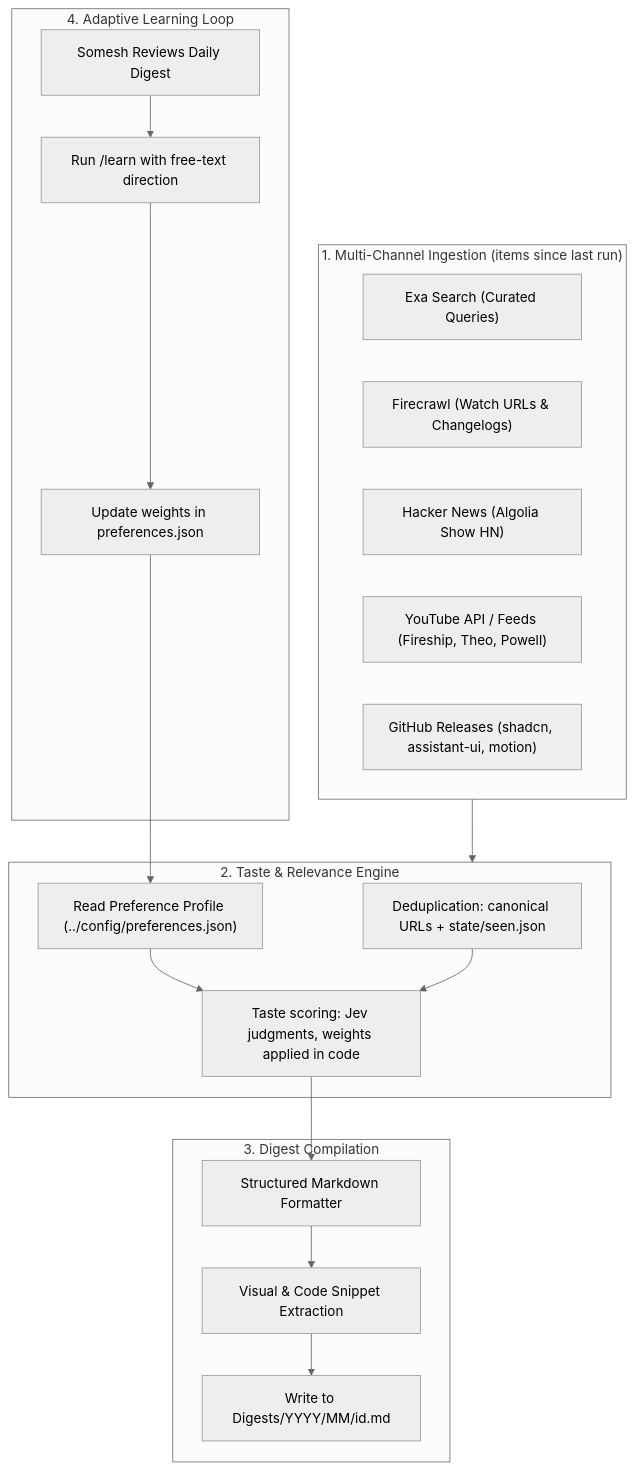
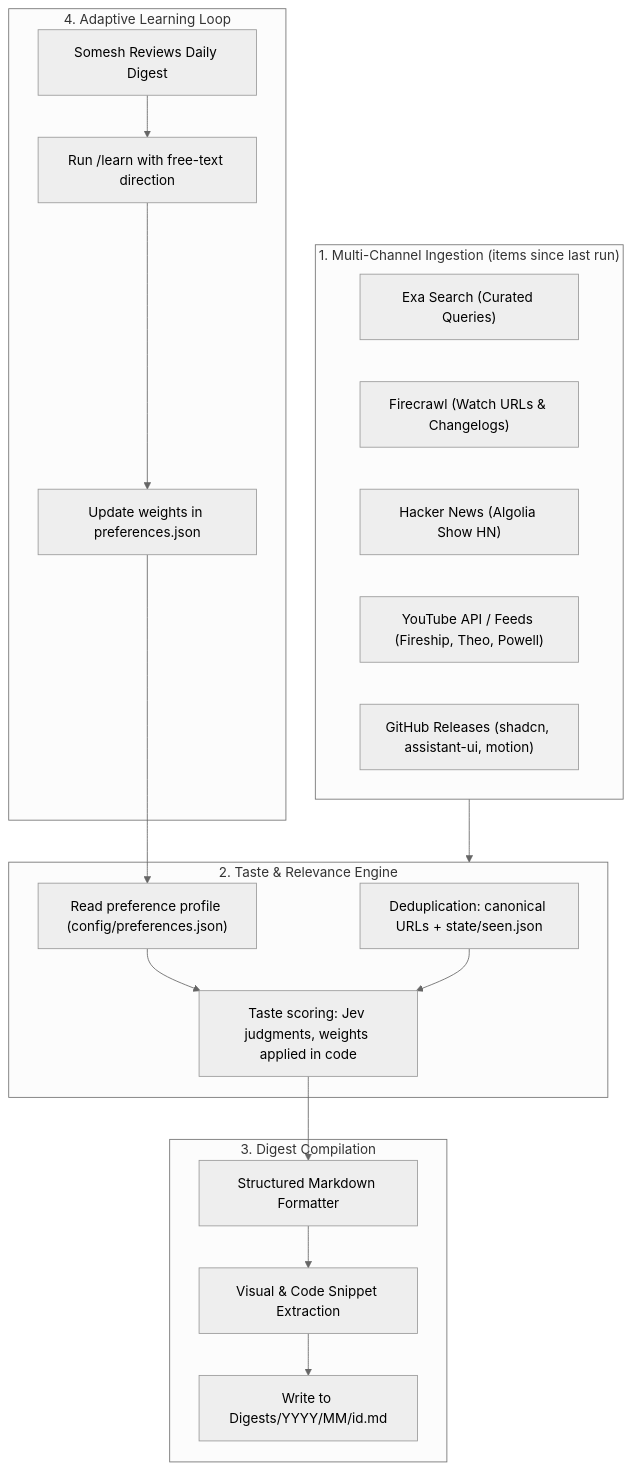
One commit to somesh-ks/knowledge-hub changed the diagram in docs/vision.md. Above: the diagram before and after it, drawn with Mermaid (neutral theme). The commit also changed other lines of this file, not shown here.

````diff
--- a/docs/vision.md
+++ b/docs/vision.md
@@ -21,34 +23,34 @@
 ```mermaid
 flowchart TD
     subgraph Ingestion["1. Multi-Channel Ingestion (items since last run)"]
         A1["Exa Search (Curated Queries)"]
         A2["Firecrawl (Watch URLs & Changelogs)"]
         A3["Hacker News (Algolia Show HN)"]
         A4["YouTube API / Feeds (Fireship, Theo, Powell)"]
         A5["GitHub Releases (shadcn, assistant-ui, motion)"]
     end
 
     subgraph Filter["2. Taste & Relevance Engine"]
         B1["Deduplication: canonical URLs + state/seen.json"]
         B2["Taste scoring: Jev judgments, weights applied in code"]
-        B3["Read Preference Profile (../config/preferences.json)"]
+        B3["Read preference profile (config/preferences.json)"]
         B3 --> B2
         B1 --> B2
     end
 
     subgraph Generation["3. Digest Compilation"]
         C1["Structured Markdown Formatter"]
         C2["Visual & Code Snippet Extraction"]
         C3["Write to Digests/YYYY/MM/id.md"]
         B2 --> C1 --> C2 --> C3
     end
 
     subgraph Feedback["4. Adaptive Learning Loop"]
         D1["Somesh Reviews Daily Digest"]
         D2["Run /learn with free-text direction"]
         D3["Update weights in preferences.json"]
         D1 --> D2 --> D3 --> B3
     end
 
     Ingestion --> Filter
 ```
````
